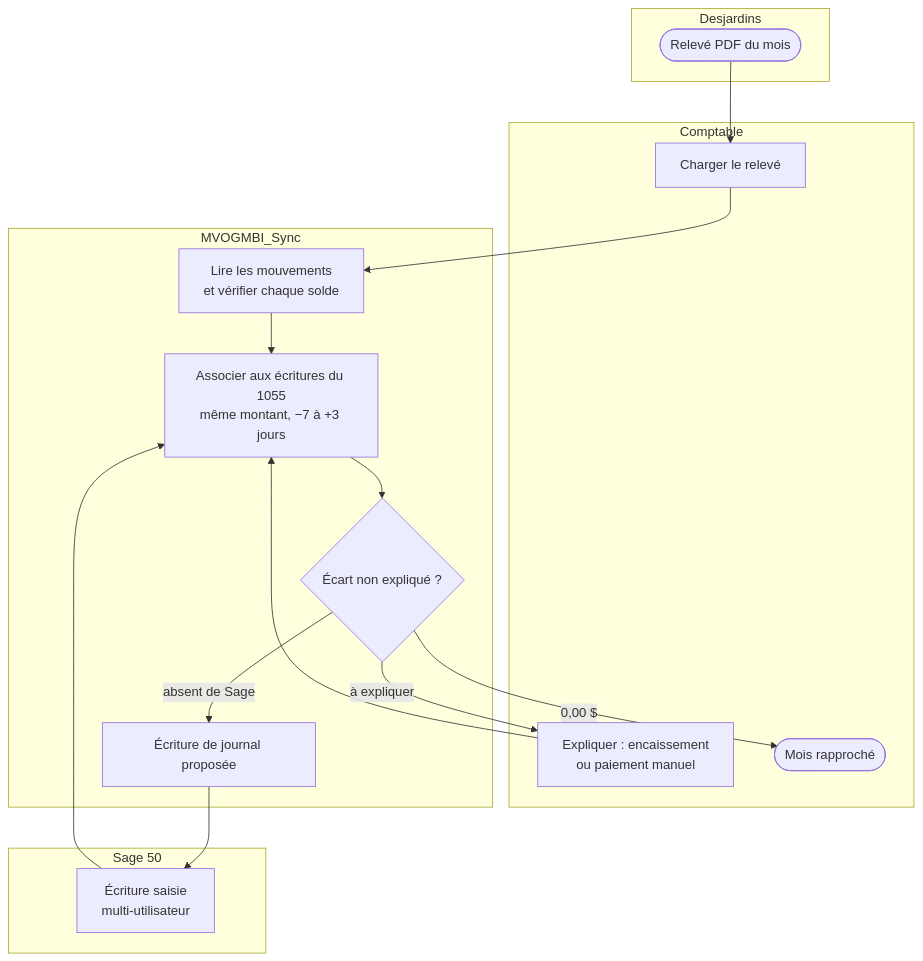
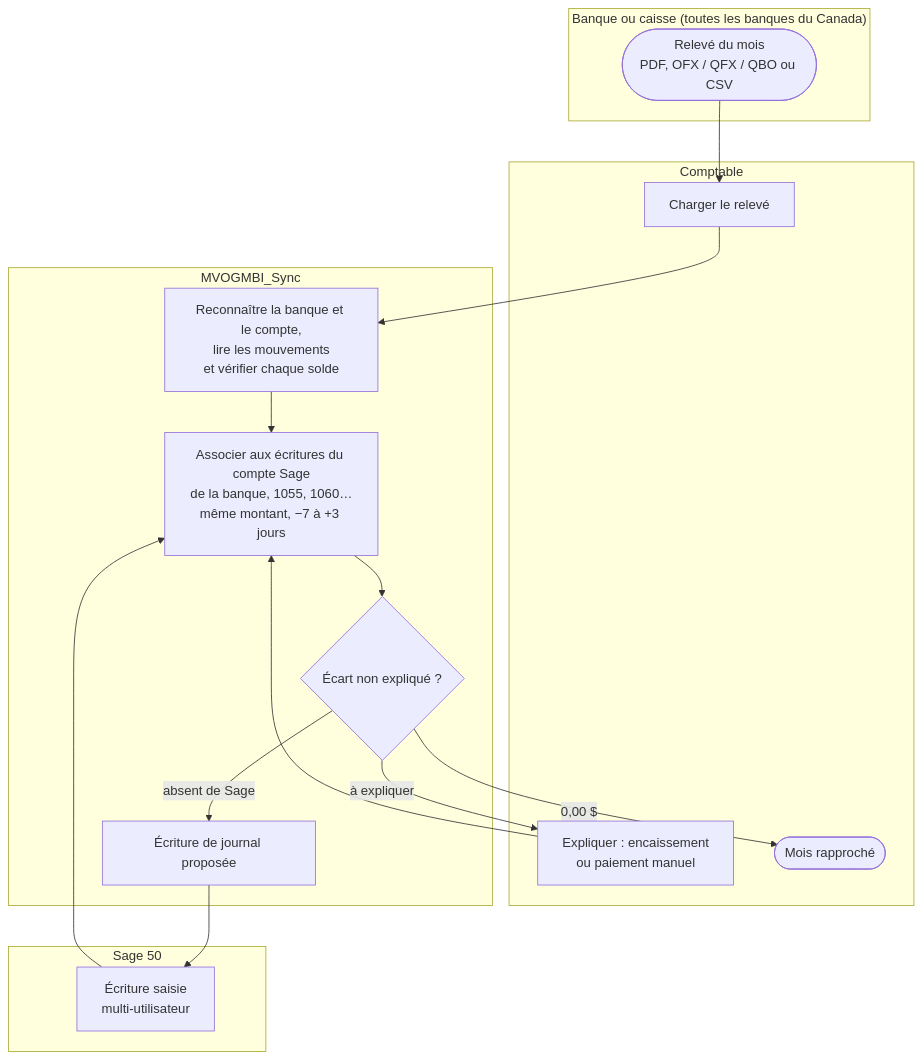
Before and after one commit to mteingueng-dot/MVOGMBI_Sync_2026.1: the fourth of 12 diagrams in documentation/PROCESSUS_BPM.md, drawn with Mermaid. The commit also changed other lines of this file and 41 other files, not shown here.

Commit message:
Version 1.0.11 : documentation complète refaite (toutes les banques, notes de crédit, article tapé, logo, fenêtre web fixe)

````diff
--- a/documentation/PROCESSUS_BPM.md
+++ b/documentation/PROCESSUS_BPM.md
@@ -127,24 +131,24 @@
 ```mermaid
 flowchart TB
-    subgraph BQR["Desjardins"]
-        A1([Relevé PDF du mois])
+    subgraph BQR["Banque ou caisse (toutes les banques du Canada)"]
+        A1([Relevé du mois<br/>PDF, OFX / QFX / QBO ou CSV])
     end
     subgraph COM["Comptable"]
         B1[Charger le relevé]
         B4[Expliquer : encaissement<br/>ou paiement manuel]
         B6([Mois rapproché])
     end
     subgraph APPR["MVOGMBI_Sync"]
-        C1[Lire les mouvements<br/>et vérifier chaque solde]
-        C2[Associer aux écritures du 1055<br/>même montant, −7 à +3 jours]
+        C1[Reconnaître la banque et le compte,<br/>lire les mouvements<br/>et vérifier chaque solde]
+        C2[Associer aux écritures du compte Sage<br/>de la banque, 1055, 1060…<br/>même montant, −7 à +3 jours]
         C3{Écart non expliqué ?}
         C4[Écriture de journal proposée]
     end
     subgraph SAGER["Sage 50"]
         D1[Écriture saisie<br/>multi-utilisateur]
     end
     A1 --> B1 --> C1 --> C2 --> C3
     C3 -- "absent de Sage" --> C4 --> D1 --> C2
     C3 -- "à expliquer" --> B4 --> C2
     C3 -- "0,00 $" --> B6
 ```
````
